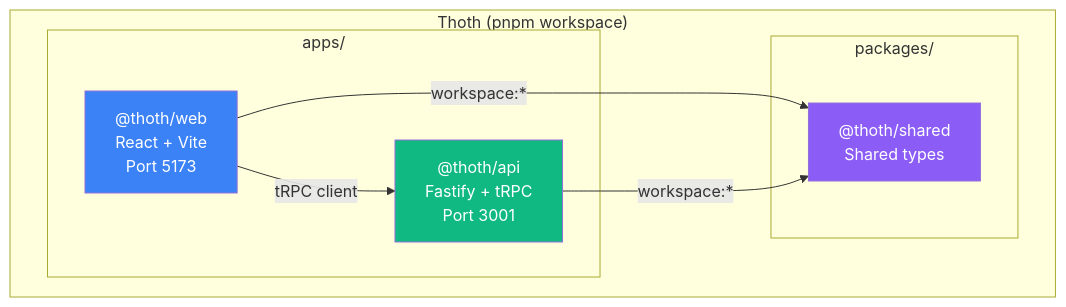
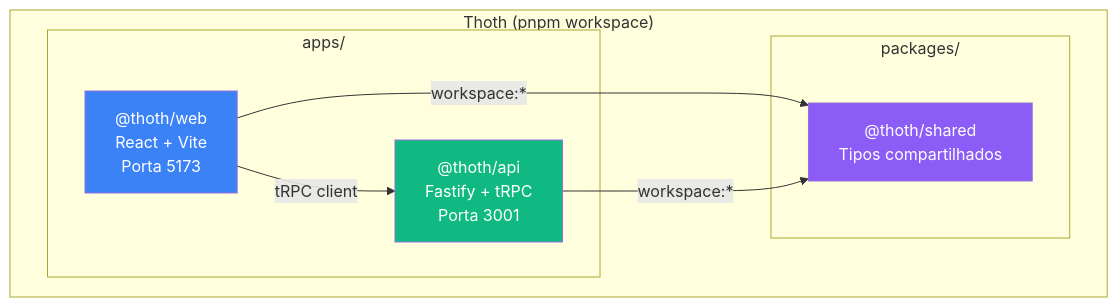
One commit to JoseJaan/Thoth changed the first of 3 diagrams in README.md. Above: the diagram before and after it, drawn with Mermaid. The commit also changed other lines of this file, not shown here.

````diff
--- a/README.md
+++ b/README.md
@@ -24,20 +32,20 @@
 ```mermaid
 graph TB
     subgraph Monorepo["Thoth (pnpm workspace)"]
         subgraph Apps["apps/"]
-            WEB["@thoth/web<br/>React + Vite<br/>Port 5173"]
-            API["@thoth/api<br/>Fastify + tRPC<br/>Port 3001"]
+            WEB["@thoth/web<br/>React + Vite<br/>Porta 5173"]
+            API["@thoth/api<br/>Fastify + tRPC<br/>Porta 3001"]
         end
         subgraph Packages["packages/"]
-            SHARED["@thoth/shared<br/>Shared types"]
+            SHARED["@thoth/shared<br/>Tipos compartilhados"]
         end
     end
 
     WEB -->|"tRPC client"| API
     WEB -->|"workspace:*"| SHARED
     API -->|"workspace:*"| SHARED
 
     style WEB fill:#3b82f6,color:#fff
     style API fill:#10b981,color:#fff
     style SHARED fill:#8b5cf6,color:#fff
 ```
````
